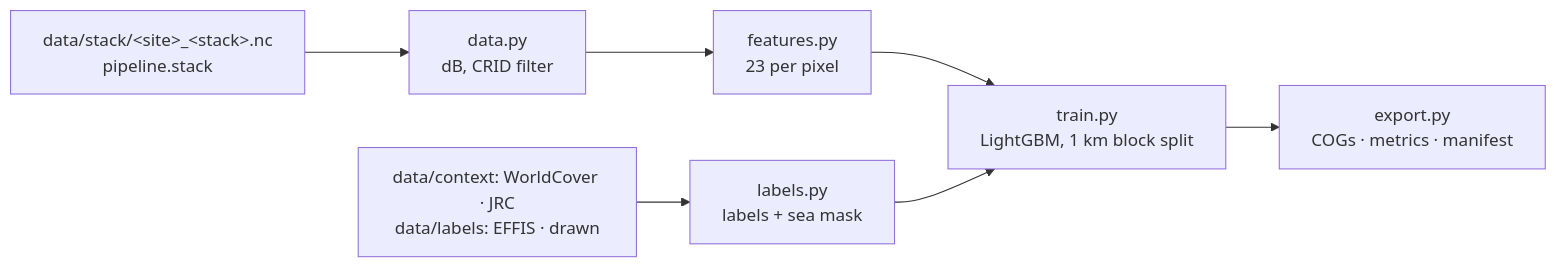
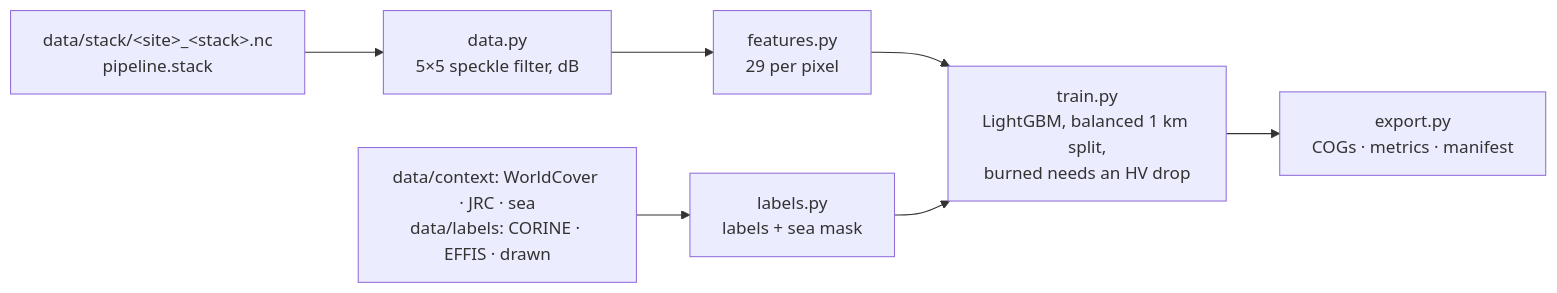
Before and after one commit to ilijachrchev/synthetic-aperture-radar: the diagram in pipeline/ml/README.md, drawn with Mermaid. The commit also changed other lines of this file and 3 other files, not shown here.

````diff
--- a/pipeline/ml/README.md
+++ b/pipeline/ml/README.md
@@ -8,9 +8,9 @@
 ```mermaid
 flowchart LR
-    S["data/stack/&lt;site&gt;_&lt;stack&gt;.nc<br/>pipeline.stack"] --> D["data.py<br/>dB, CRID filter"]
-    D --> F["features.py<br/>23 per pixel"]
-    L["data/context: WorldCover · JRC<br/>data/labels: EFFIS · drawn"] --> B["labels.py<br/>labels + sea mask"]
-    F --> T["train.py<br/>LightGBM, 1 km block split"]
+    S["data/stack/&lt;site&gt;_&lt;stack&gt;.nc<br/>pipeline.stack"] --> D["data.py<br/>5×5 speckle filter, dB"]
+    D --> F["features.py<br/>29 per pixel"]
+    L["data/context: WorldCover · JRC · sea<br/>data/labels: CORINE · EFFIS · drawn"] --> B["labels.py<br/>labels + sea mask"]
+    F --> T["train.py<br/>LightGBM, balanced 1 km split,<br/>burned needs an HV drop"]
     B --> T
     T --> E["export.py<br/>COGs · metrics · manifest"]
 ```
````
